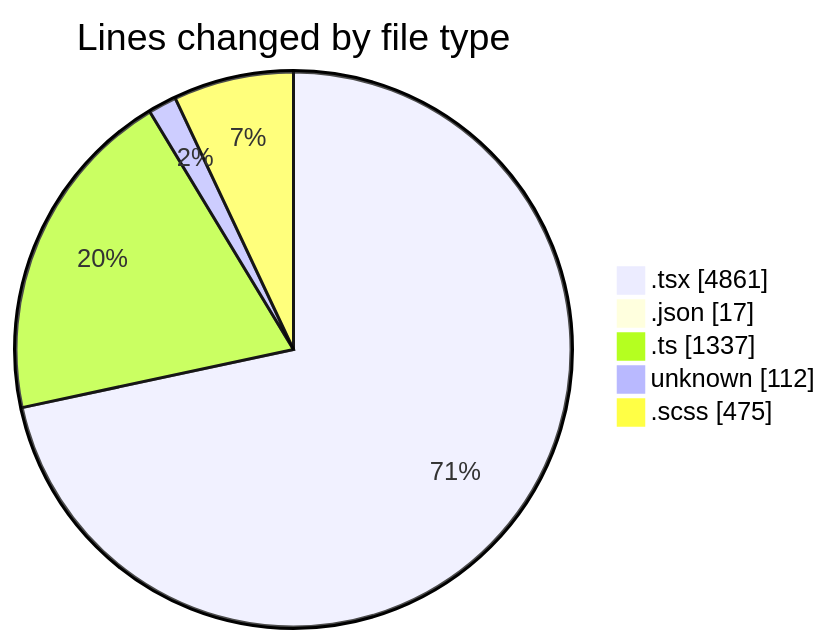
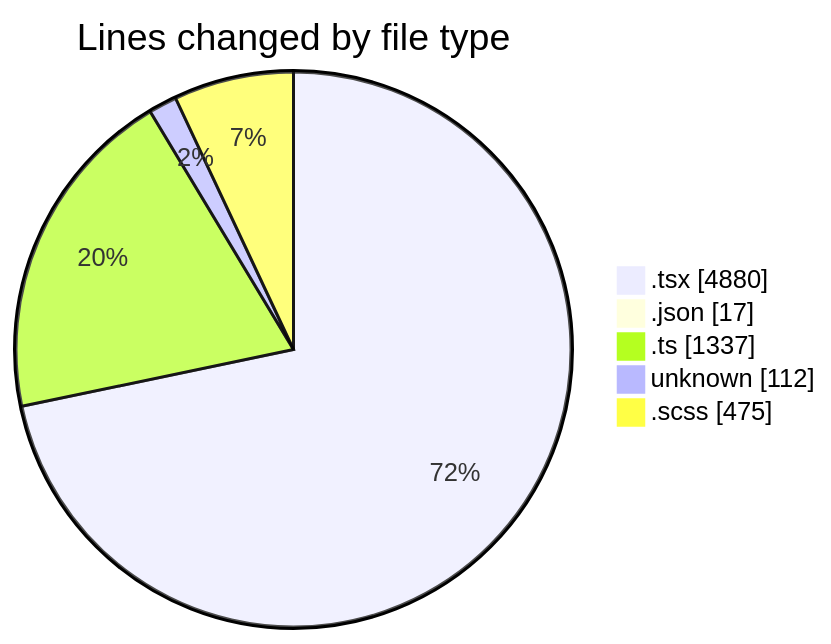
The first of 2 diagrams in 2026-04-30/cda/README.md (momahboobian/code-tracking), drawn with Mermaid before and after one commit. The commit also changed other lines of this file and 1 other file, not shown here.

````diff
--- a/2026-04-30/cda/README.md
+++ b/2026-04-30/cda/README.md
@@ -69,9 +69,9 @@
 ```mermaid
 pie showData
 title Lines changed by file type
-".tsx" : 4861
+".tsx" : 4880
 ".json" : 17
 ".ts" : 1337
 "unknown" : 112
 ".scss" : 475
 ```
````
